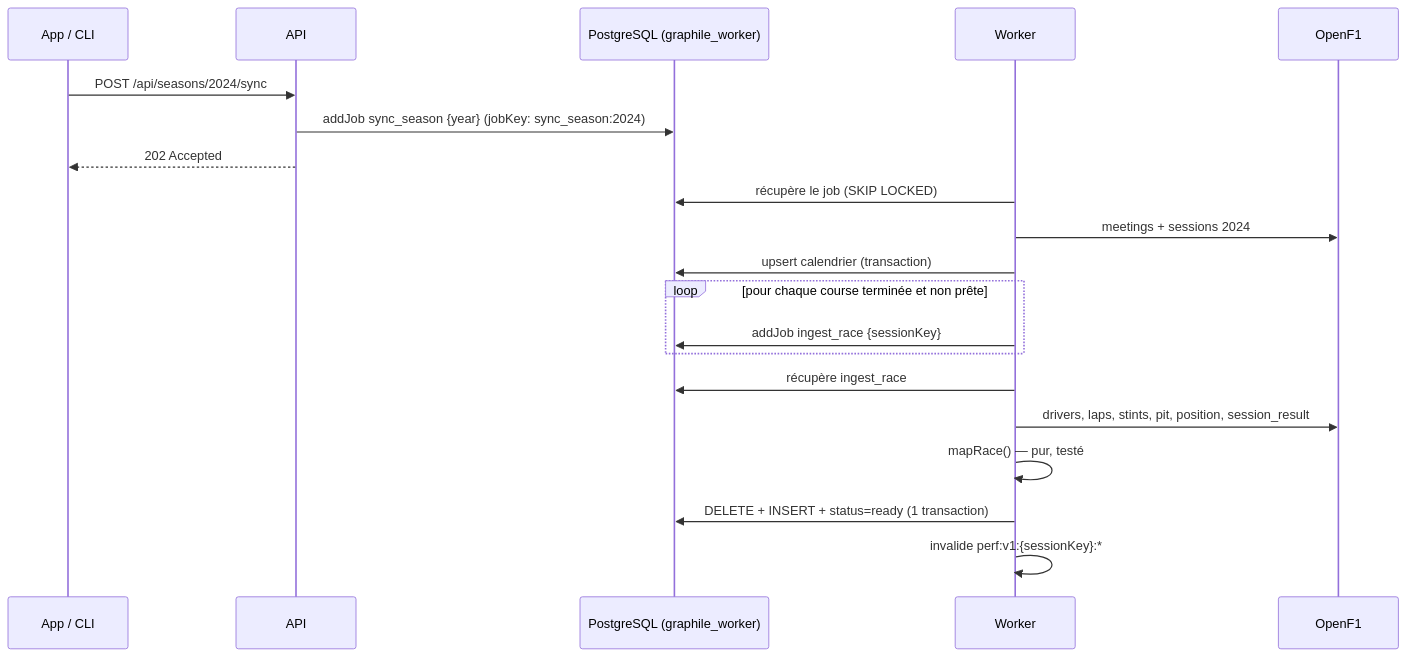
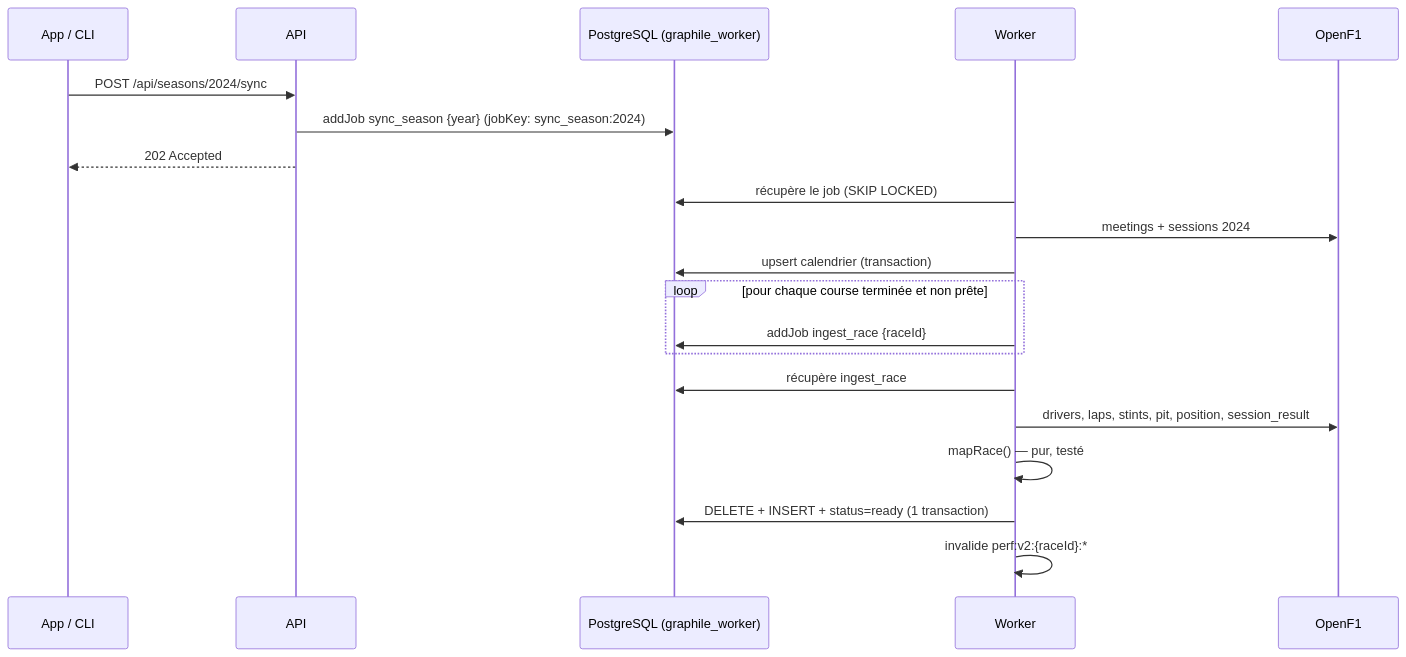
One commit to zeggriim2/pitwall-f1 changed the diagram in docs/architecture/ingestion.md. Above: the diagram before and after it, drawn with Mermaid. The commit also changed 5 other files, not shown here.

````diff
--- a/docs/architecture/ingestion.md
+++ b/docs/architecture/ingestion.md
@@ -7,22 +7,22 @@
 ```mermaid
 sequenceDiagram
   participant U as App / CLI
   participant API
   participant Q as PostgreSQL (graphile_worker)
   participant W as Worker
   participant O as OpenF1
   U->>API: POST /api/seasons/2024/sync
   API->>Q: addJob sync_season {year} (jobKey: sync_season:2024)
   API-->>U: 202 Accepted
   W->>Q: récupère le job (SKIP LOCKED)
   W->>O: meetings + sessions 2024
   W->>Q: upsert calendrier (transaction)
   loop pour chaque course terminée et non prête
-    W->>Q: addJob ingest_race {sessionKey}
+    W->>Q: addJob ingest_race {raceId}
   end
   W->>Q: récupère ingest_race
   W->>O: drivers, laps, stints, pit, position, session_result
   W->>W: mapRace() — pur, testé
   W->>Q: DELETE + INSERT + status=ready (1 transaction)
-  W->>W: invalide perf:v1:{sessionKey}:*
+  W->>W: invalide perf:v2:{raceId}:*
 ```
````
